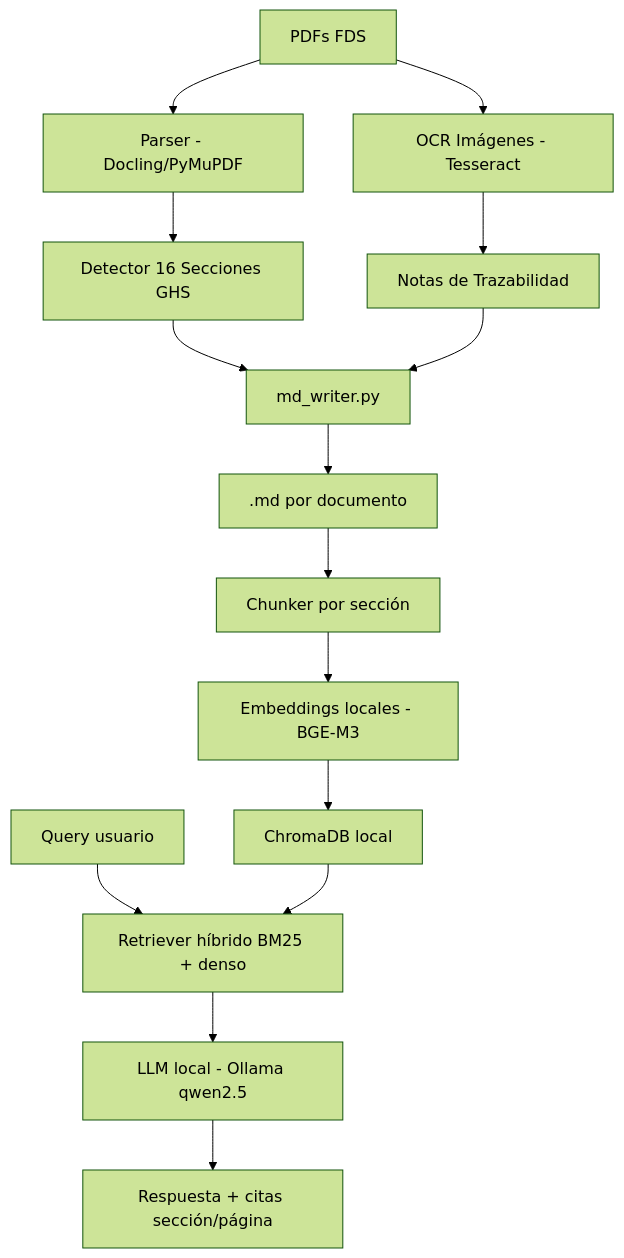
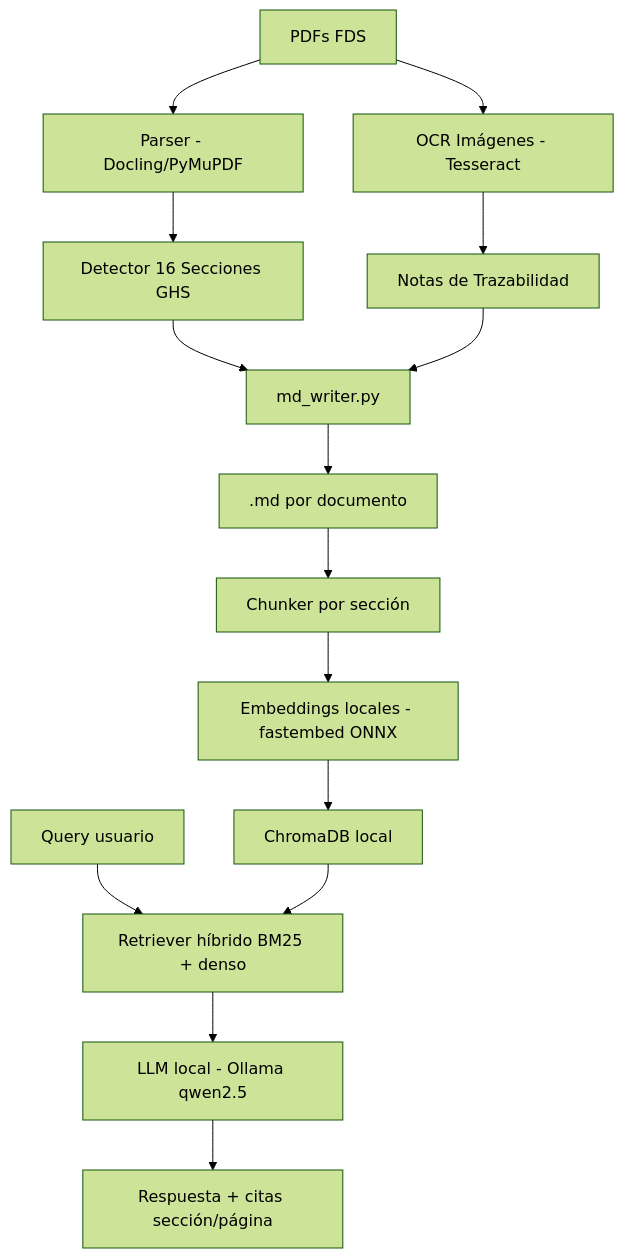
The diagram in README.md (Alan-Osorio01/Parcial_Final_NLP), drawn with Mermaid (forest theme) before and after one commit. The commit also changed other lines of this file and 9 other files, not shown here.

````diff
--- a/README.md
+++ b/README.md
@@ -12,17 +12,17 @@
 ```mermaid
 flowchart TD
     A[PDFs FDS] --> B[Parser - Docling/PyMuPDF]
     A --> C[OCR Imágenes - Tesseract]
     B --> D[Detector 16 Secciones GHS]
     C --> E[Notas de Trazabilidad]
     D --> F[md_writer.py]
     E --> F
     F --> G[.md por documento]
     G --> H[Chunker por sección]
-    H --> I[Embeddings locales - BGE-M3]
+    H --> I[Embeddings locales - fastembed ONNX]
     I --> J[ChromaDB local]
     K[Query usuario] --> L[Retriever híbrido BM25 + denso]
     J --> L
     L --> M[LLM local - Ollama qwen2.5]
     M --> N[Respuesta + citas sección/página]
 ```
````
